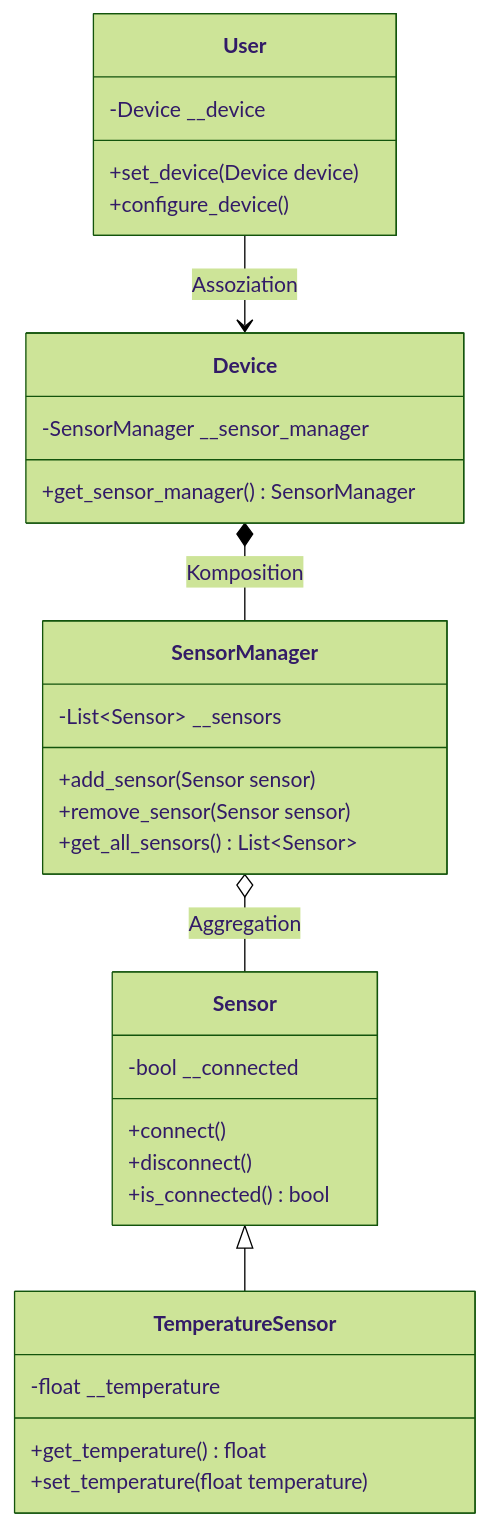
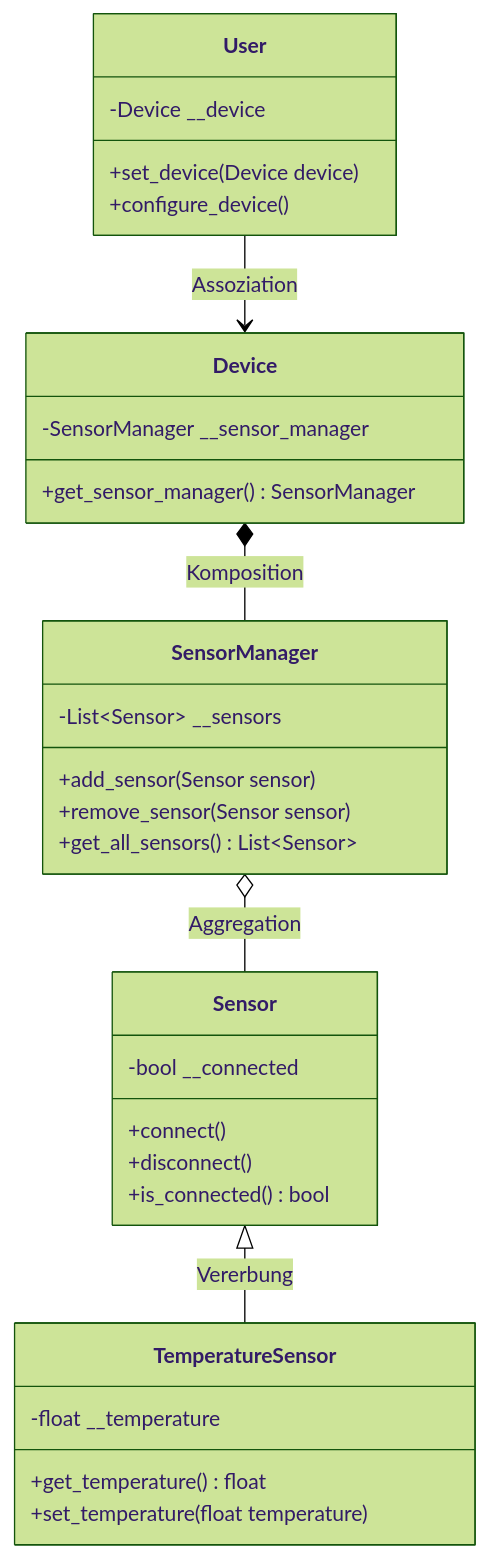
Before and after one commit to PBahner/LF17-Sensoranwendung: the diagram in mkdocs/docs/01_lsg.md, drawn with Mermaid (forest theme). The commit also changed 11 other files, not shown here.

````diff
--- a/mkdocs/docs/01_lsg.md
+++ b/mkdocs/docs/01_lsg.md
@@ -256,36 +256,36 @@
 ```mermaid
 classDiagram
     class Sensor{
         -bool __connected
         +connect()
         +disconnect()
         +is_connected() bool
     }
-    Sensor <|-- TemperatureSensor
+    Sensor <|-- TemperatureSensor : Vererbung
     class TemperatureSensor{
         -float __temperature
         +get_temperature() float
         +set_temperature(float temperature)
     }
 
     class SensorManager {
         -List~Sensor~ __sensors
         +add_sensor(Sensor sensor)
         +remove_sensor(Sensor sensor)
         +get_all_sensors() List~Sensor~
     }
     SensorManager o-- Sensor : Aggregation
 
     class Device {
         -SensorManager __sensor_manager
         +get_sensor_manager() SensorManager
     }
     Device *-- SensorManager : Komposition
 
     class User {
         -Device __device
         +set_device(Device device)
         +configure_device()
     }
     User --> Device : Assoziation
 ```
````
